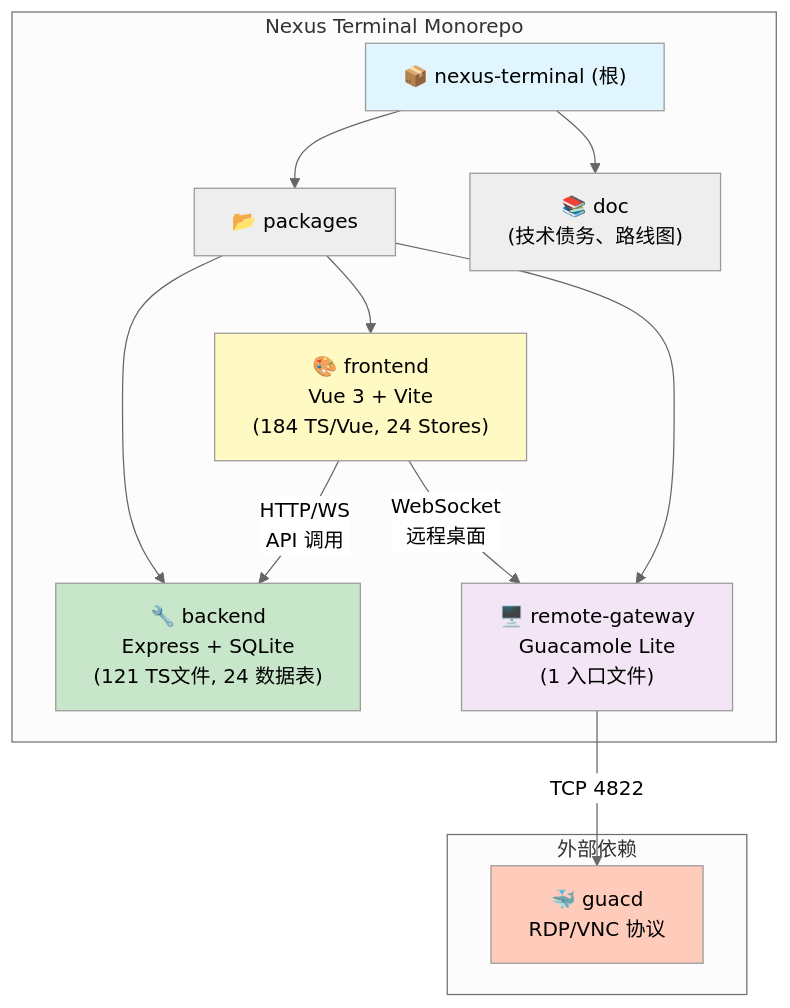
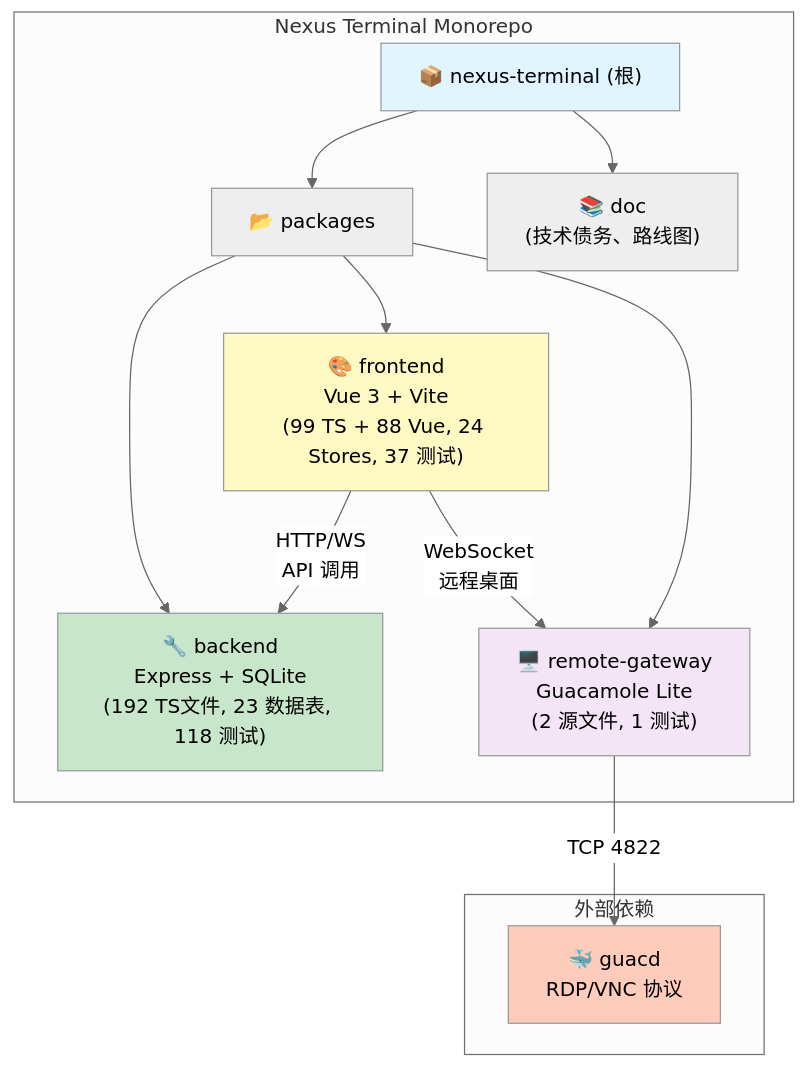
Before and after one commit to 0honus0/nexus-terminal: the first of 2 diagrams in CLAUDE.md, drawn with Mermaid (neutral theme). The commit also changed other lines of this file and 4 other files, not shown here.

````diff
--- a/CLAUDE.md
+++ b/CLAUDE.md
@@ -97,28 +112,28 @@
 ```mermaid
 graph TD
     subgraph "Nexus Terminal Monorepo"
         A["📦 nexus-terminal (根)"] --> B["📂 packages"]
-        B --> C["🔧 backend<br/>Express + SQLite<br/>(121 TS文件, 24 数据表)"]
-        B --> D["🎨 frontend<br/>Vue 3 + Vite<br/>(184 TS/Vue, 24 Stores)"]
-        B --> E["🖥️ remote-gateway<br/>Guacamole Lite<br/>(1 入口文件)"]
+        B --> C["🔧 backend<br/>Express + SQLite<br/>(192 TS文件, 23 数据表, 118 测试)"]
+        B --> D["🎨 frontend<br/>Vue 3 + Vite<br/>(99 TS + 88 Vue, 24 Stores, 37 测试)"]
+        B --> E["🖥️ remote-gateway<br/>Guacamole Lite<br/>(2 源文件, 1 测试)"]
         A --> F["📚 doc<br/>(技术债务、路线图)"]
     end
 
     subgraph "外部依赖"
         G["🐳 guacd<br/>RDP/VNC 协议"]
     end
 
     D -- "HTTP/WS<br/>API 调用" --> C
     D -- "WebSocket<br/>远程桌面" --> E
     E -- "TCP 4822" --> G
 
     click C "./packages/backend/CLAUDE.md" "查看 backend 模块文档"
     click D "./packages/frontend/CLAUDE.md" "查看 frontend 模块文档"
     click E "./packages/remote-gateway/CLAUDE.md" "查看 remote-gateway 模块文档"
 
     style A fill:#e1f5fe
     style C fill:#c8e6c9
     style D fill:#fff9c4
     style E fill:#f3e5f5
     style G fill:#ffccbc
 ```
````
